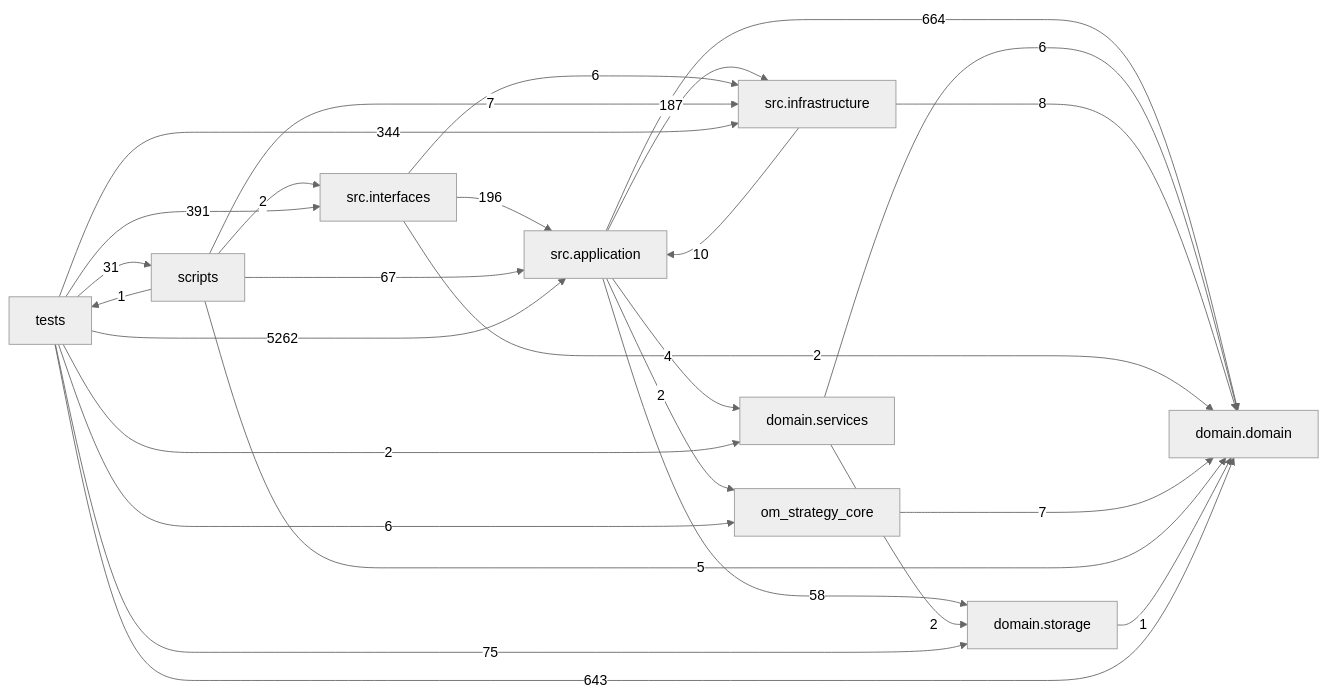
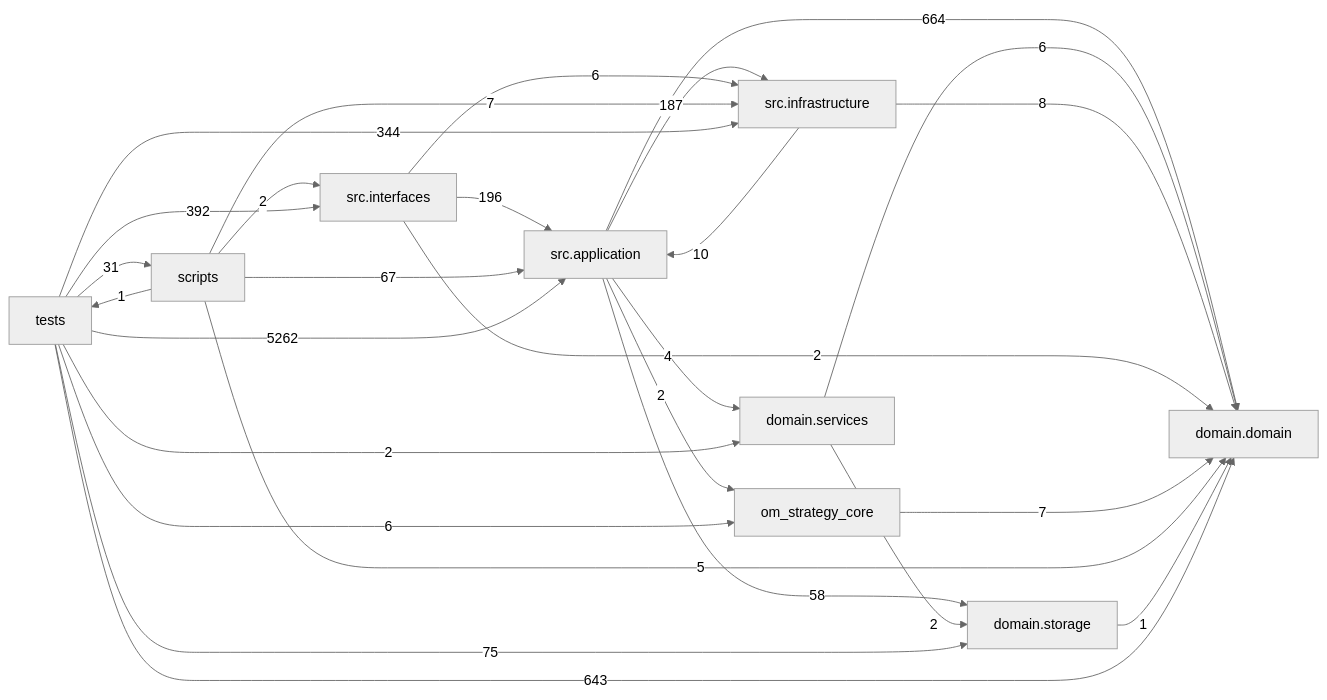
One commit to liuxie066/options-monitor changed the diagram in docs/DEPENDENCY_GRAPH.md. Above: the diagram before and after it, drawn with Mermaid (neutral theme). The commit also changed other lines of this file and 2 other files, not shown here.

````diff
--- a/docs/DEPENDENCY_GRAPH.md
+++ b/docs/DEPENDENCY_GRAPH.md
@@ -24,38 +24,38 @@
 ```mermaid
 flowchart LR
   tests["tests"]
   scripts["scripts"]
   interfaces["src.interfaces"]
   application["src.application"]
   infrastructure["src.infrastructure"]
   domain_services["domain.services"]
   domain["domain.domain"]
   storage["domain.storage"]
   application -->|664| domain
   application -->|4| domain_services
   application -->|187| infrastructure
   application -->|2| om_strategy_core
   application -->|58| storage
   domain_services -->|6| domain
   domain_services -->|2| storage
   infrastructure -->|10| application
   infrastructure -->|8| domain
   interfaces -->|196| application
   interfaces -->|2| domain
   interfaces -->|6| infrastructure
   om_strategy_core -->|7| domain
   scripts -->|67| application
   scripts -->|5| domain
   scripts -->|7| infrastructure
   scripts -->|2| interfaces
   scripts -->|1| tests
   storage -->|1| domain
   tests -->|5262| application
   tests -->|643| domain
   tests -->|2| domain_services
   tests -->|344| infrastructure
-  tests -->|391| interfaces
+  tests -->|392| interfaces
   tests -->|6| om_strategy_core
   tests -->|31| scripts
   tests -->|75| storage
 ```
````
